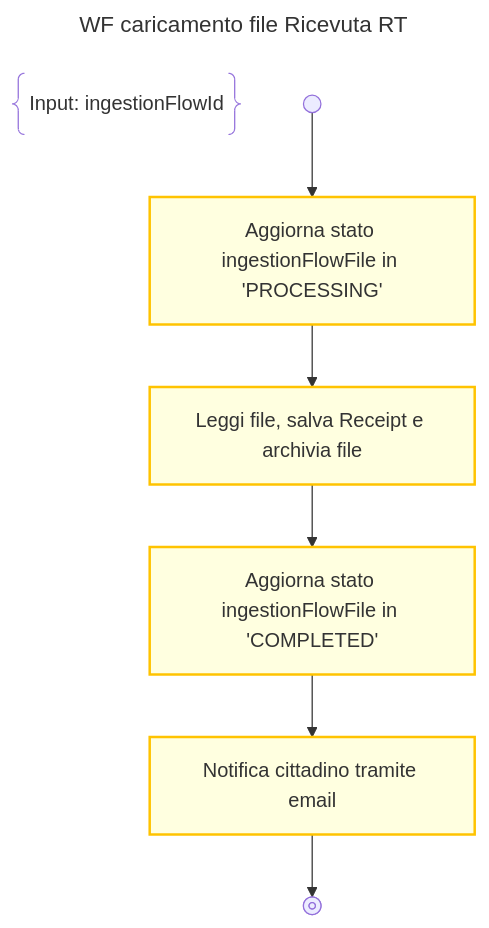
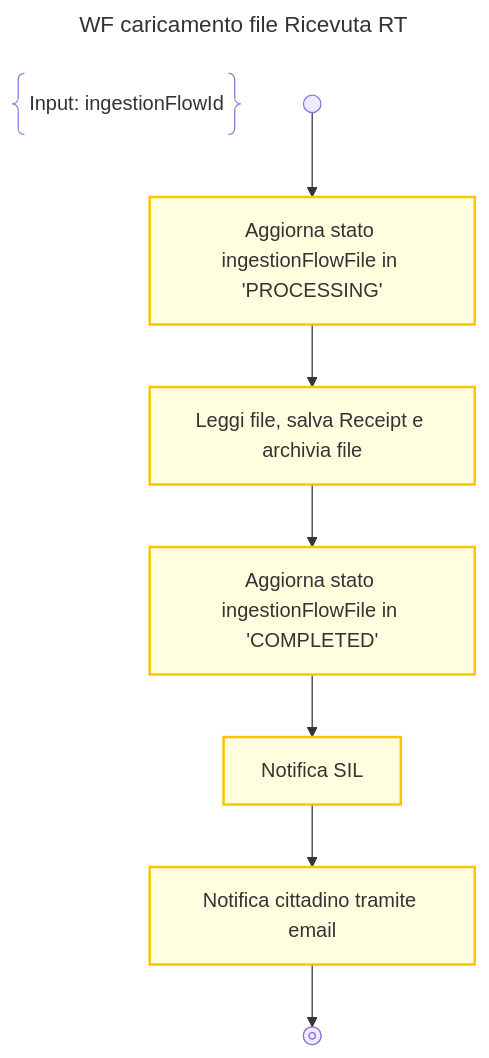
Before and after one commit to pagopa/p4pa-doc: the diagram in design/workflow/ricevuteRT/wf_LoadReceiptPagoPa.mmd, drawn with Mermaid. The commit also changed 7 other files, not shown here.

```diff
--- a/design/workflow/ricevuteRT/wf_LoadReceiptPagoPa.mmd
+++ b/design/workflow/ricevuteRT/wf_LoadReceiptPagoPa.mmd
@@ -1,15 +1,16 @@
 ---
 title: WF caricamento file Ricevuta RT
 ---
 flowchart TD
     DESCRIPTION@{ shape: braces, label: "Input: ingestionFlowId" }
     START@{shape: start} -->
     UPDATE_STATUS_INELAB:::activity@{label: "Aggiorna stato ingestionFlowFile in 'PROCESSING'"} -->
     INGESTION:::activity@{label: "Leggi file, salva Receipt e archivia file"} -->
     UPDATE_STATUS_COMPLETE:::activity@{label: "Aggiorna stato ingestionFlowFile in 'COMPLETED'"} -->
+    NOTIFY_SIL:::activity@{label: "Notifica SIL"} -->
     SEND_EMAIL:::activity@{label: "Notifica cittadino tramite email"} -->
     END@{shape: stop}
 
     classDef disable display:none;
     classDef activity fill:#FFFFE0, stroke:#ffc300, stroke-width:2px;
     classDef loop fill:#CCFFCC, stroke:#7FBF7F, stroke-width:2px, padding-bottom: 5px;
```
